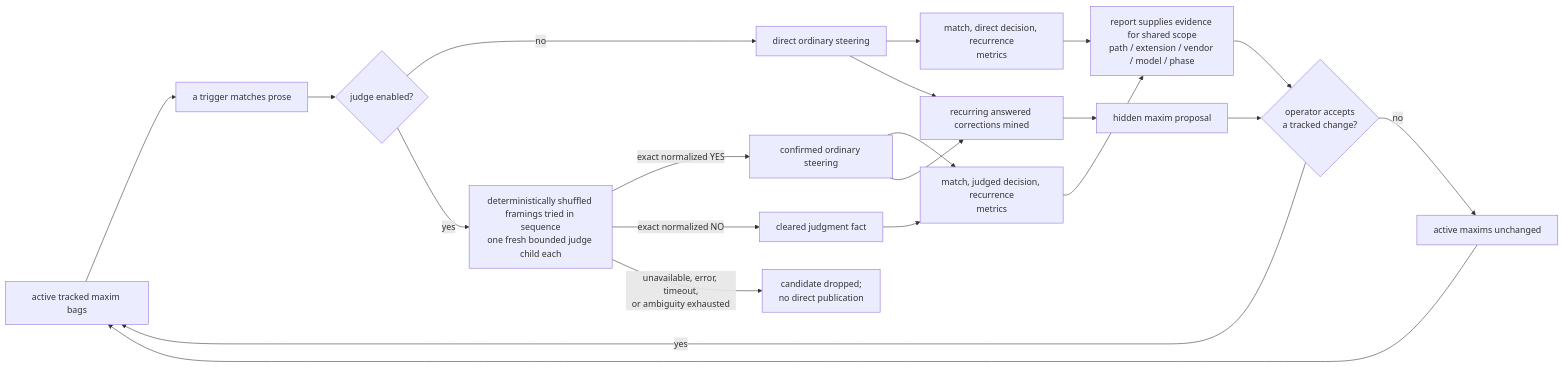
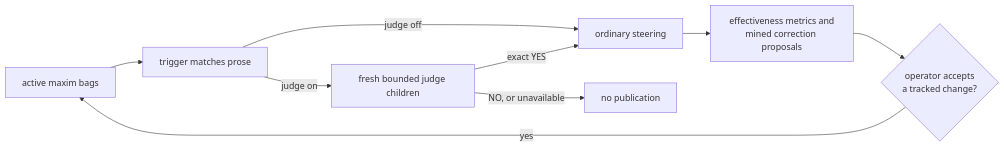
The fifth of 7 diagrams in docs/product/value.md (infimalabs/spice-rust), drawn with Mermaid before and after one commit. The commit also changed other lines of this file and 20 other files, not shown here.

````diff
--- a/docs/product/value.md
+++ b/docs/product/value.md
@@ -267,23 +181,11 @@
 ```mermaid
 flowchart LR
-  M["active tracked maxim bags"] --> F["a trigger matches prose"]
-  F --> E{"judge enabled?"}
-  E -- no --> S["direct ordinary steering"]
-  E -- yes --> J["deterministically shuffled framings tried in sequence<br/>one fresh bounded judge child each"]
-  J -- "exact normalized YES" --> S2["confirmed ordinary steering"]
-  J -- "exact normalized NO" --> C2["cleared judgment fact"]
-  J -- "unavailable, error, timeout,<br/>or ambiguity exhausted" --> D["candidate dropped;<br/>no direct publication"]
-  S --> T["match, direct decision, recurrence<br/>metrics"]
-  S2 --> T2["match, judged decision, recurrence<br/>metrics"]
-  C2 --> T2
-  T --> P["report supplies evidence for shared scope<br/>path / extension / vendor / model / phase"]
-  T2 --> P
-  S --> C["recurring answered corrections mined"]
-  S2 --> C
-  C --> H["hidden maxim proposal"]
+  M["active maxim bags"] --> F["trigger matches prose"]
+  F -- "judge off" --> S["ordinary steering"]
+  F -- "judge on" --> J["fresh bounded judge children"]
+  J -- "exact YES" --> S
+  J -- "NO, or unavailable" --> D["no publication"]
+  S --> P["effectiveness metrics and<br/>mined correction proposals"]
   P --> O{"operator accepts<br/>a tracked change?"}
-  H --> O
   O -- yes --> M
-  O -- no --> U["active maxims unchanged"]
-  U --> M
 ```
````
